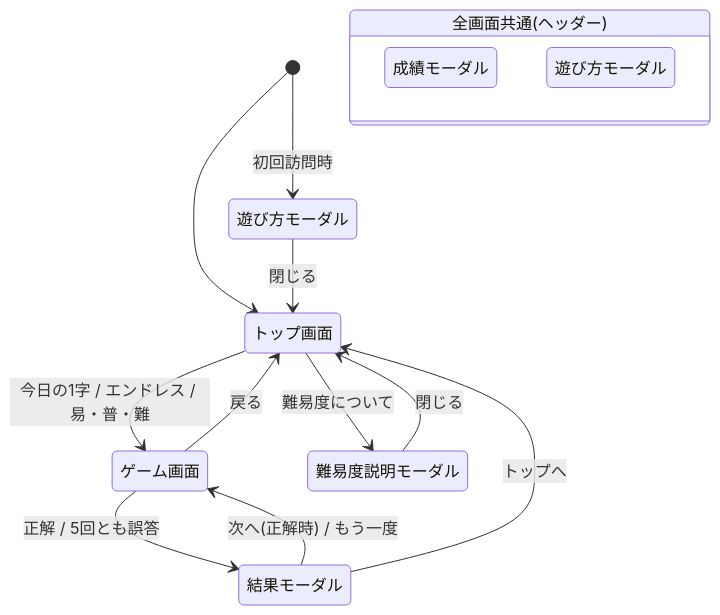
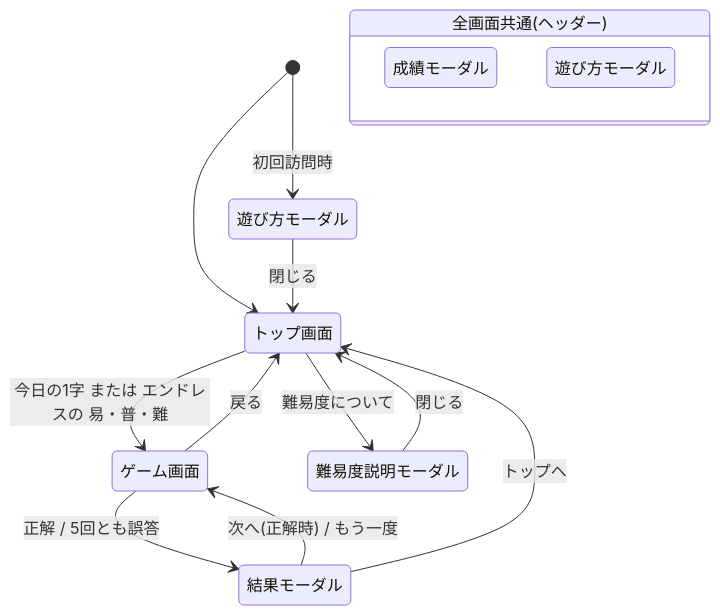
Before and after one commit to ur0o/nazotte-kanji: the diagram in specification/02-ui-and-screens.md, drawn with Mermaid. The commit also changed other lines of this file and 3 other files, not shown here.

````diff
--- a/specification/02-ui-and-screens.md
+++ b/specification/02-ui-and-screens.md
@@ -82,26 +81,26 @@
 ```mermaid
 stateDiagram-v2
     [*] --> Top
     [*] --> HowTo: 初回訪問時
     HowTo --> Top: 閉じる
 
-    Top --> Game: 今日の1字 / エンドレス / 易・普・難
+    Top --> Game: 今日の1字 または エンドレスの 易・普・難
     Top --> DifficultyHelp: 難易度について
     DifficultyHelp --> Top: 閉じる
 
     Game --> Result: 正解 / 5回とも誤答
     Result --> Game: 次へ(正解時) / もう一度
     Result --> Top: トップへ
     Game --> Top: 戻る
 
     state "全画面共通(ヘッダー)" as Common {
         Stats: 成績モーダル
         HowTo2: 遊び方モーダル
     }
 
     Top: トップ画面
     Game: ゲーム画面
     Result: 結果モーダル
     HowTo: 遊び方モーダル
     DifficultyHelp: 難易度説明モーダル
 ```
````
